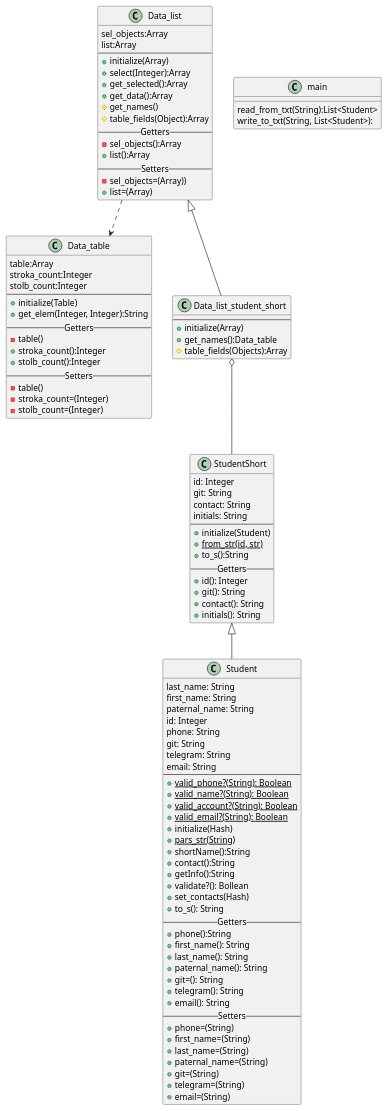
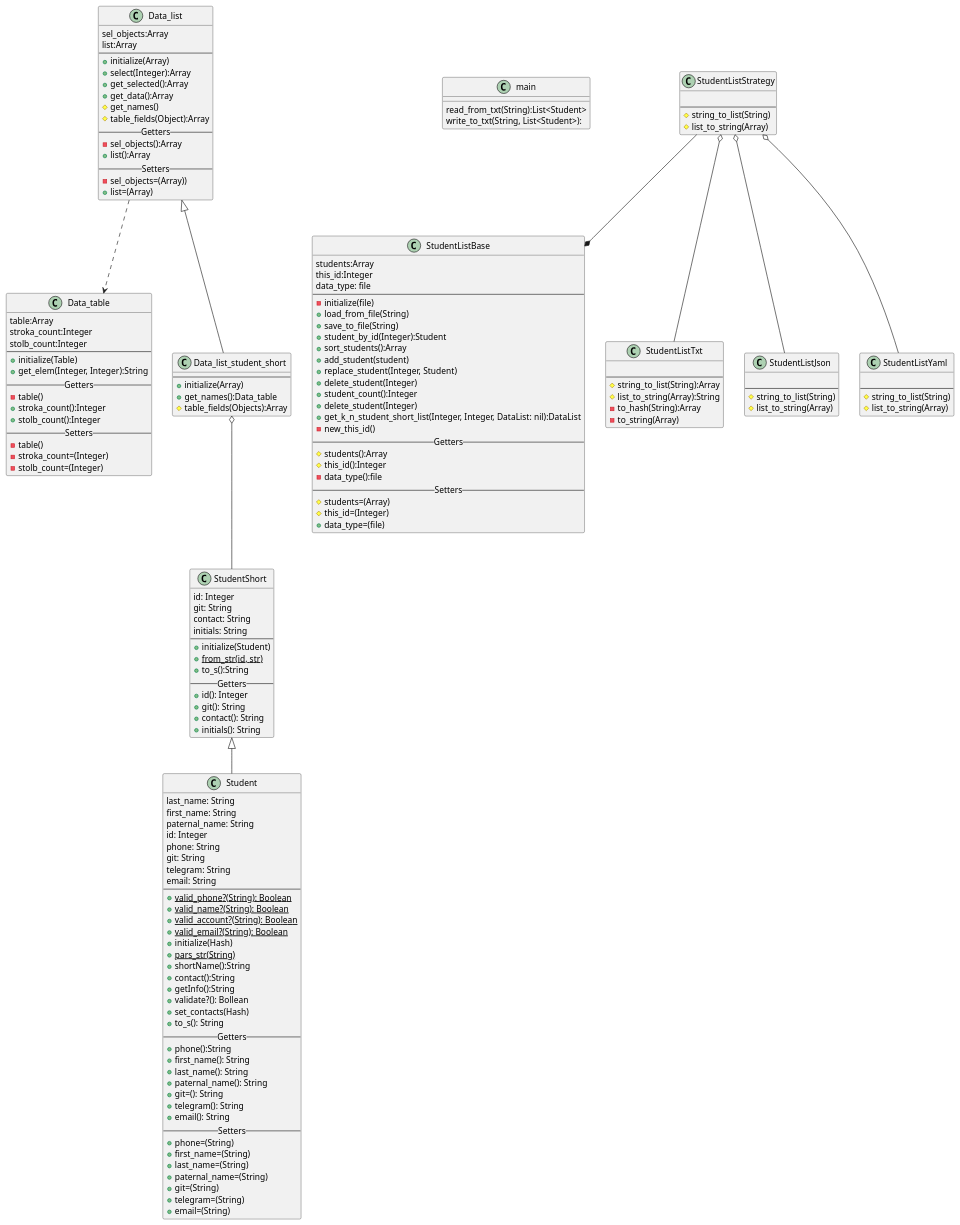
One commit to yellowcat-dotcom/Ruby changed the diagram in Lab_2/Diagrams/student_diagram.puml. Above: the diagram before and after it, drawn with PlantUML. The commit also changed 5 other files, not shown here.

Commit message:
тестирование + new diagram. 2.4 Done)

```diff
--- a/Lab_2/Diagrams/student_diagram.puml
+++ b/Lab_2/Diagrams/student_diagram.puml
@@ -1,109 +1,165 @@
 @startuml
 'https://plantuml.com/class-diagram
 
 class Student {
 last_name: String
 first_name: String
 paternal_name: String
 id: Integer
 phone: String
 git: String
 telegram: String
 email: String
 --
 +{static}valid_phone?(String): Boolean
 +{static}valid_name?(String): Boolean
 +{static}valid_account?(String): Boolean
 +{static}valid_email?(String): Boolean
 +initialize(Hash)
 +{static}pars_str(String)
 +shortName():String
 +contact():String
 +getInfo():String
 +validate?(): Bollean
 +set_contacts(Hash)
 +to_s(): String
 --Getters--
 +phone():String
 +first_name(): String
 +last_name(): String
 +paternal_name(): String
 +git=(): String
 +telegram(): String
 +email(): String
 --Setters--
 +phone=(String)
 +first_name=(String)
 +last_name=(String)
 +paternal_name=(String)
 +git=(String)
 +telegram=(String)
 +email=(String)
 }
 
 class StudentShort{
 id: Integer
 git: String
 contact: String
 initials: String
 --
 +initialize(Student)
 +{static}from_str(id, str)
 +to_s():String
 --Getters--
 +id(): Integer
 +git(): String
 +contact(): String
 +initials(): String
 }
 class Data_list{
 sel_objects:Array
 list:Array
 --
 +initialize(Array)
 +select(Integer):Array
 +get_selected():Array
 +get_data():Array
 #get_names()
 #table_fields(Object):Array
 --Getters--
 -sel_objects():Array
 +list():Array
 --Setters--
 -sel_objects=(Array))
 +list=(Array)
 }
 
 class Data_table{
 table:Array
 stroka_count:Integer
 stolb_count:Integer
 --
 +initialize(Table)
 +get_elem(Integer, Integer):String
 --Getters--
 -table()
 +stroka_count():Integer
 +stolb_count():Integer
 --Setters--
 -table()
 -stroka_count=(Integer)
 -stolb_count=(Integer)
 }
 
 class Data_list_student_short{
 --
 +initialize(Array)
 +get_names():Data_table
 #table_fields(Objects):Array
 }
 
 class main{
 read_from_txt(String):List<Student>
 write_to_txt(String, List<Student>):
 }
+class StudentListBase{
+students:Array
+this_id:Integer
+data_type: file
+--
+-initialize(file)
++load_from_file(String)
++save_to_file(String)
++student_by_id(Integer):Student
++sort_students():Array
++add_student(student)
++replace_student(Integer, Student)
++delete_student(Integer)
++student_count():Integer
++delete_student(Integer)
++get_k_n_student_short_list(Integer, Integer, DataList: nil):DataList
+-new_this_id()
+--Getters--
+#students():Array
+#this_id():Integer
+-data_type():file
+--Setters--
+#students=(Array)
+#this_id=(Integer)
++data_type=(file)
+}
+class StudentListStrategy{
+
+--
+#string_to_list(String)
+#list_to_string(Array)
+}
+class StudentListTxt{
+
+--
+#string_to_list(String):Array
+#list_to_string(Array):String
+-to_hash(String):Array
+-to_string(Array)
+}
+class StudentListJson{
+
+--
+#string_to_list(String)
+#list_to_string(Array)
+}
+class StudentListYaml{
+
+--
+#string_to_list(String)
+#list_to_string(Array)
+}
 StudentShort ^-- Student
 Data_list ^-- Data_list_student_short
 Data_list_student_short o--StudentShort
 Data_list ..>Data_table
+StudentListStrategy o--StudentListYaml
+StudentListStrategy o--StudentListJson
+StudentListStrategy o--StudentListTxt
+StudentListStrategy --* StudentListBase
 @enduml
```
